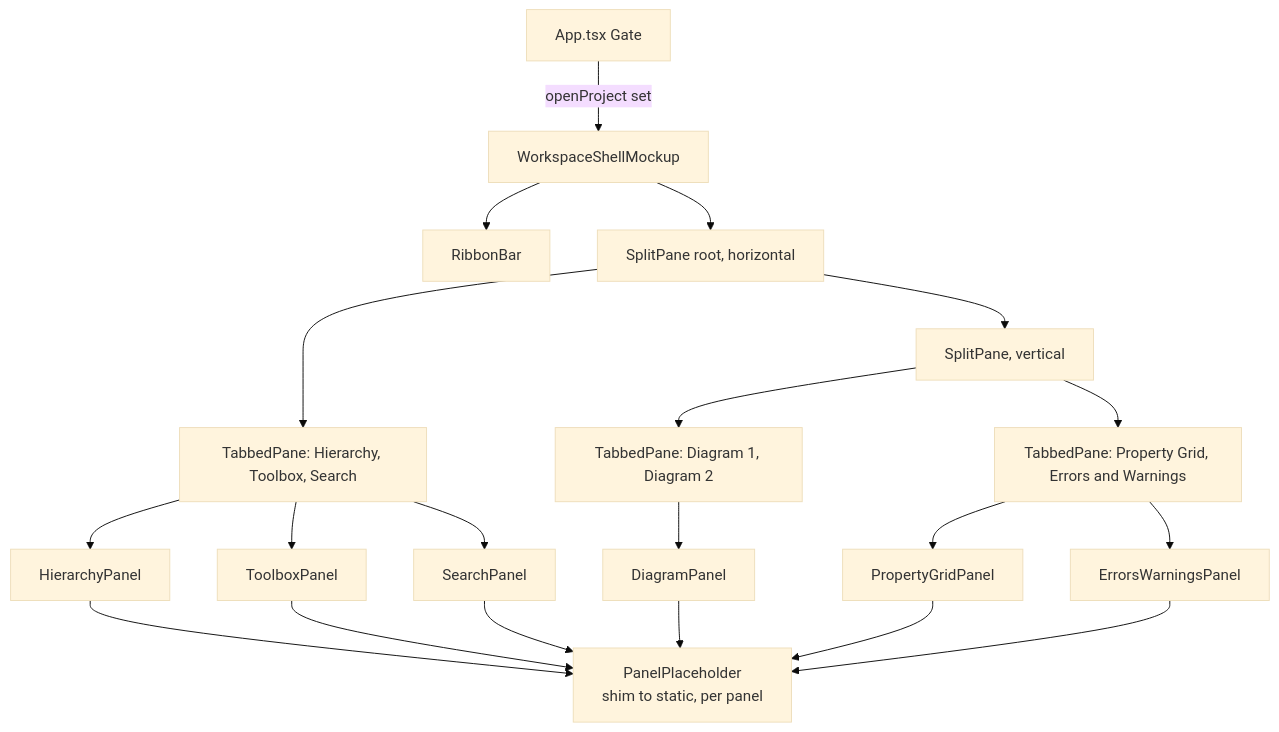
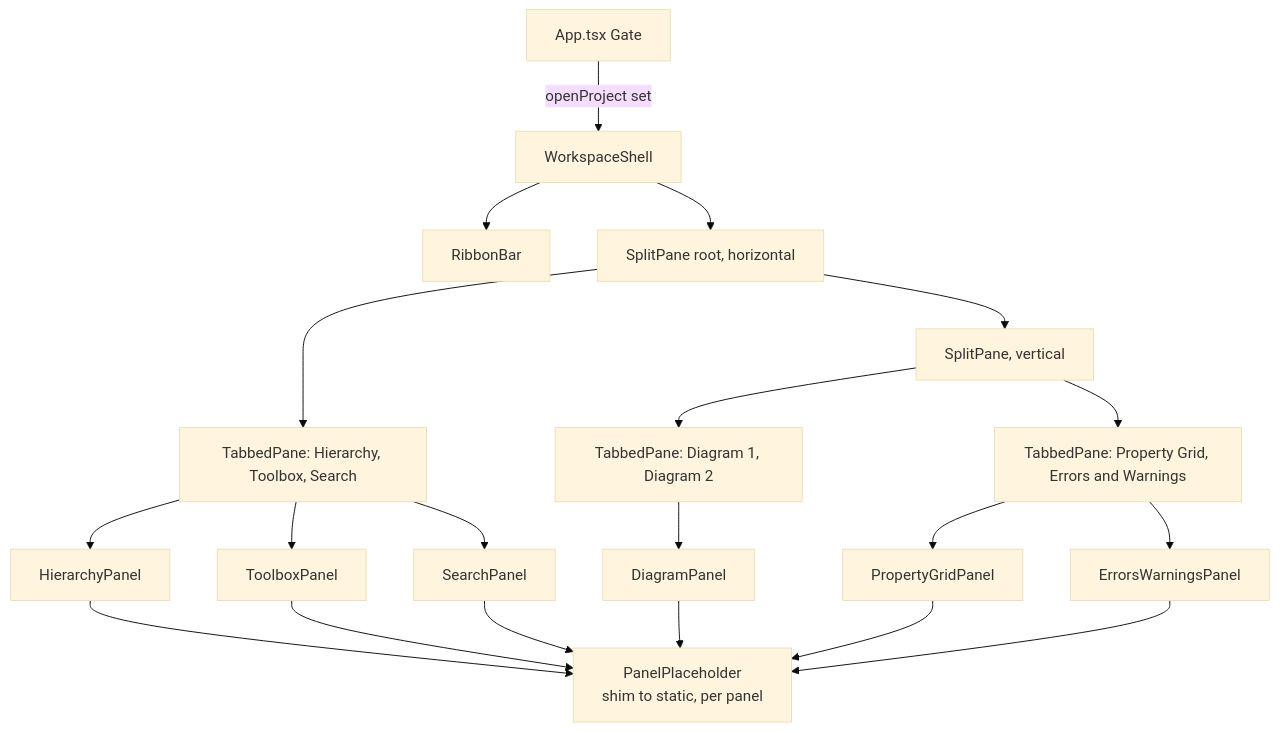
Before and after one commit to etalii-adp/etalii.adp.ide.standalone: the diagram in .spec-workflow/specs/diagram-ide-mockup/design.md, drawn with Mermaid (base theme). The commit also changed other lines of this file and 1 other file, not shown here.

````diff
--- a/.spec-workflow/specs/diagram-ide-mockup/design.md
+++ b/.spec-workflow/specs/diagram-ide-mockup/design.md
@@ -36,17 +36,17 @@
 ```mermaid
 graph TD
-    Gate[App.tsx Gate] -->|openProject set| Shell[WorkspaceShellMockup]
+    Gate[App.tsx Gate] -->|openProject set| Shell[WorkspaceShell]
     Shell --> Ribbon[RibbonBar]
     Shell --> Root[SplitPane root, horizontal]
     Root --> Left[TabbedPane: Hierarchy, Toolbox, Search]
     Root --> RightSplit[SplitPane, vertical]
     RightSplit --> Center[TabbedPane: Diagram 1, Diagram 2]
     RightSplit --> Bottom[TabbedPane: Property Grid, Errors and Warnings]
     Left --> HierarchyPanel
     Left --> ToolboxPanel
     Left --> SearchPanel
     Center --> DiagramPanel
     Bottom --> PropertyGridPanel
     Bottom --> ErrorsWarningsPanel
     HierarchyPanel & ToolboxPanel & SearchPanel & DiagramPanel & PropertyGridPanel & ErrorsWarningsPanel --> Placeholder[PanelPlaceholder<br/>shim to static, per panel]
 ```
````
